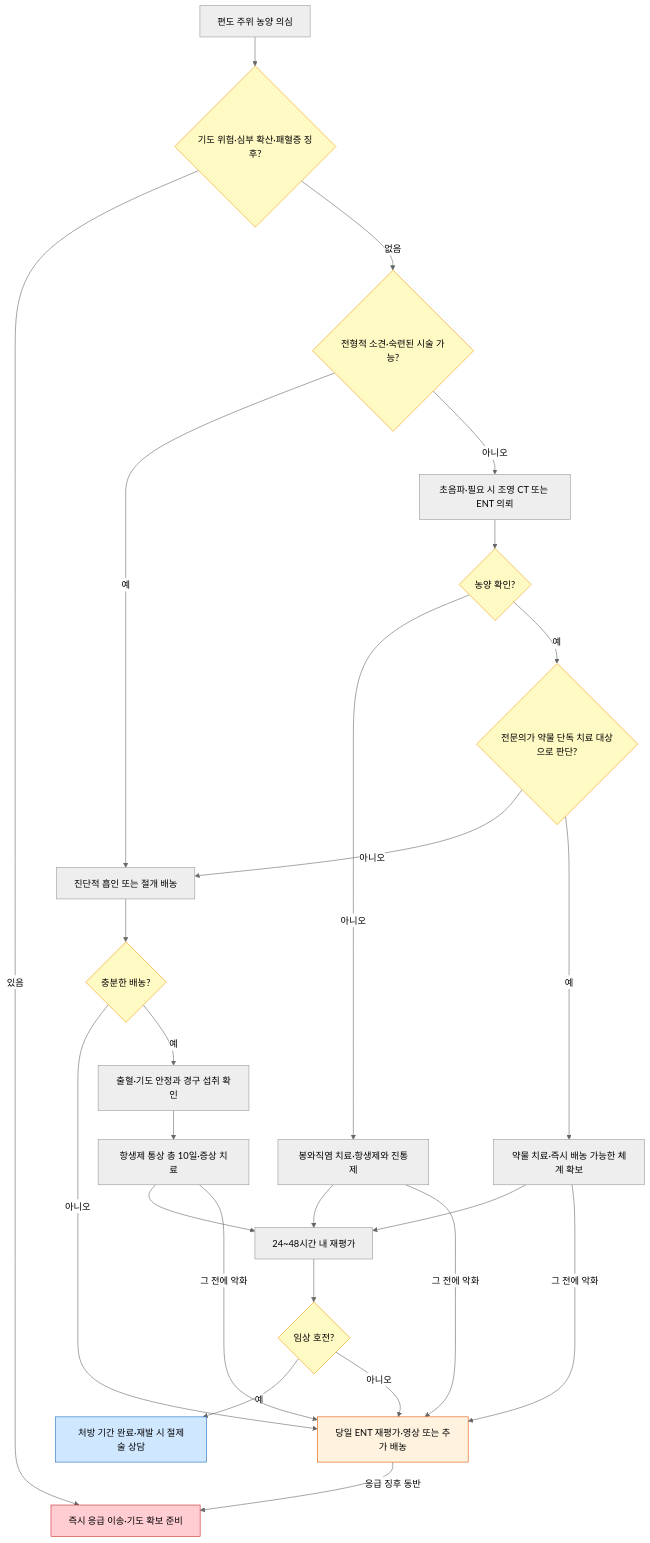
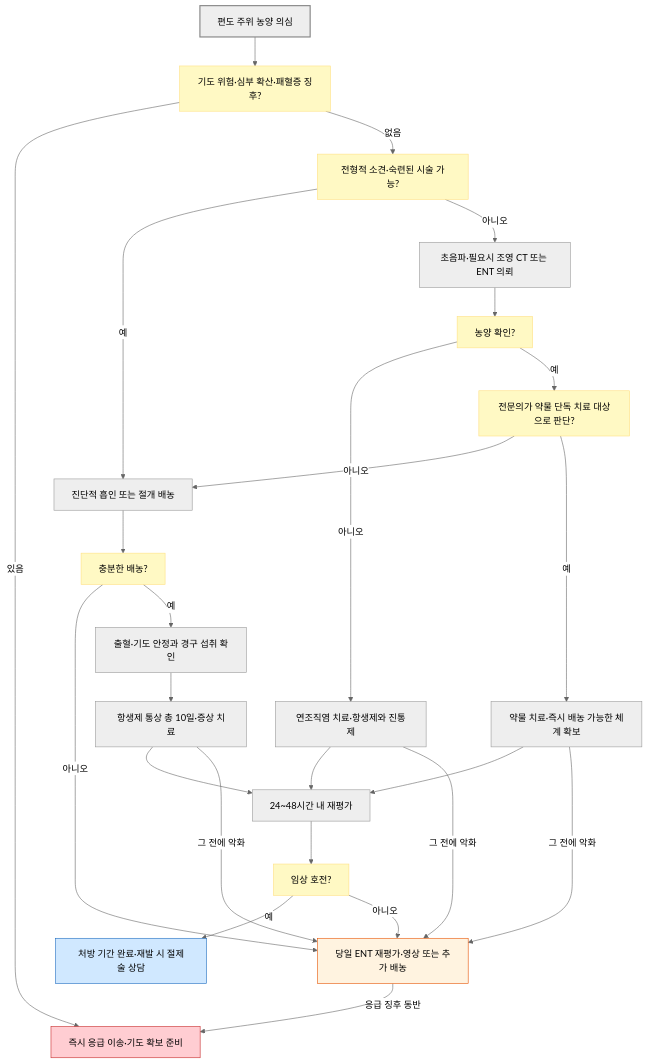
Before and after one commit to familyoh77/familyoh77: the diagram in 223_/065_-peritonsillar-abscess.md, drawn with Mermaid (neutral theme). The commit also changed other lines of this file, not shown here.

````diff
--- a/223_/065_-peritonsillar-abscess.md
+++ b/223_/065_-peritonsillar-abscess.md
@@ -114,32 +110,33 @@
 ```mermaid
 flowchart TD
-    A["편도 주위 농양 의심"] --> B{"기도 위험·심부 확산·패혈증 징후?"}
+    A["편도 주위 농양 의심"] --> B["기도 위험·심부 확산·패혈증 징후?"]
     B -- 있음 --> C["즉시 응급 이송·기도 확보 준비"]
-    B -- 없음 --> D{"전형적 소견·숙련된 시술 가능?"}
+    B -- 없음 --> D["전형적 소견·숙련된 시술 가능?"]
     D -- 예 --> G["진단적 흡인 또는 절개 배농"]
-    D -- 아니오 --> E["초음파·필요 시 조영 CT 또는 ENT 의뢰"]
-    E --> Q{"농양 확인?"}
-    Q -- 아니오 --> F["봉와직염 치료·항생제와 진통제"]
-    Q -- 예 --> R{"전문의가 약물 단독 치료 대상으로 판단?"}
+    D -- 아니오 --> E["초음파·필요시 조영 CT 또는 ENT 의뢰"]
+    E --> Q["농양 확인?"]
+    Q -- 아니오 --> F["연조직염 치료·항생제와 진통제"]
+    Q -- 예 --> R["전문의가 약물 단독 치료 대상으로 판단?"]
     R -- 아니오 --> G
     R -- 예 --> S["약물 치료·즉시 배농 가능한 체계 확보"]
-    G --> H{"충분한 배농?"}
+    G --> H["충분한 배농?"]
     H -- 아니오 --> J["당일 ENT 재평가·영상 또는 추가 배농"]
     H -- 예 --> O["출혈·기도 안정과 경구 섭취 확인"]
     O --> I["항생제 통상 총 10일·증상 치료"]
     I --> K["24~48시간 내 재평가"]
     F --> K
     S --> K
-    K --> M{"임상 호전?"}
+    K --> M["임상 호전?"]
     M -- 예 --> N["처방 기간 완료·재발 시 절제술 상담"]
     M -- 아니오 --> J
     I -- 그 전에 악화 --> J
     F -- 그 전에 악화 --> J
     S -- 그 전에 악화 --> J
     J -- 응급 징후 동반 --> C
-    classDef warning fill:#fff9c4,stroke:#f39c12
-    class B,D,Q,R,H,M warning
+    classDef question fill:#fff9c4,stroke:#ffe082
+    class B,D,Q,R,H,M question
+    style A fill:#eeeeee,stroke:#888888,stroke-width:2px
     style C fill:#ffcdd2,stroke:#c62828
     style J fill:#fff3e0,stroke:#e65100
     style N fill:#d0e8ff,stroke:#1a6abf
 ```
````
